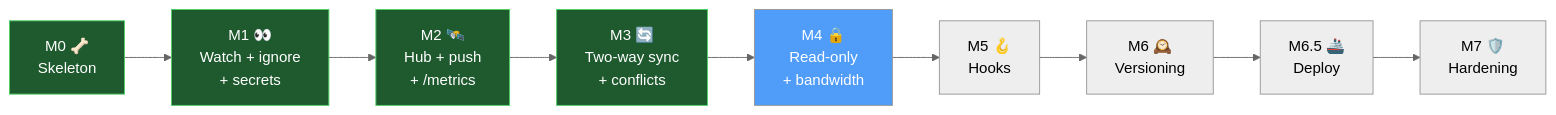
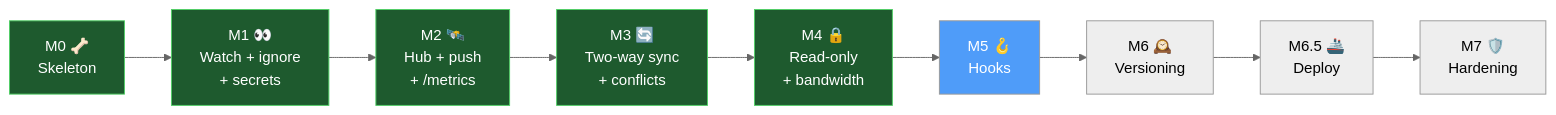
The sixth of 6 diagrams in README.md (shoemoney/devbox), drawn with Mermaid (neutral theme) before and after one commit. The commit also changed other lines of this file, not shown here.

````diff
--- a/README.md
+++ b/README.md
@@ -455,16 +456,17 @@
 ```mermaid
 flowchart LR
     M0["M0 🦴\nSkeleton"] --> M1["M1 👀\nWatch + ignore\n+ secrets"]
     M1 --> M2["M2 🛰️\nHub + push\n+ /metrics"]
     M2 --> M3["M3 🔄\nTwo-way sync\n+ conflicts"]
     M3 --> M4["M4 🔒\nRead-only\n+ bandwidth"]
     M4 --> M5["M5 🪝\nHooks"]
     M5 --> M6["M6 🕰️\nVersioning"]
     M6 --> M65["M6.5 🚢\nDeploy"]
     M65 --> M7["M7 🛡️\nHardening"]
     style M0 fill:#1e5a2e,stroke:#51cf66,color:#fff
     style M1 fill:#1e5a2e,stroke:#51cf66,color:#fff
     style M2 fill:#1e5a2e,stroke:#51cf66,color:#fff
     style M3 fill:#1e5a2e,stroke:#51cf66,color:#fff
-    style M4 fill:#4F9CF9,color:#fff
+    style M4 fill:#1e5a2e,stroke:#51cf66,color:#fff
+    style M5 fill:#4F9CF9,color:#fff
 ```
````
